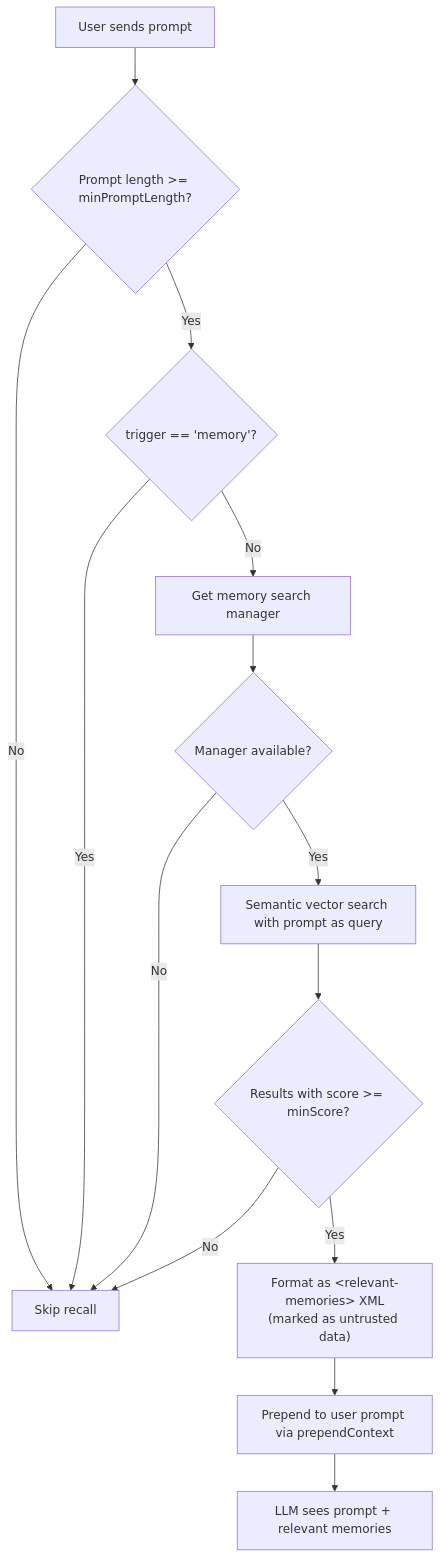
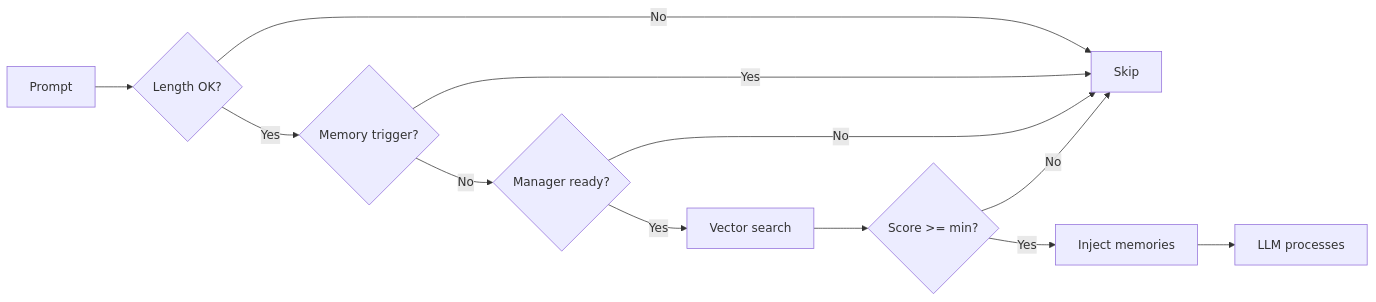
One commit to aloong-planet/openclaw-memory-core-plus changed the first of 2 diagrams in README.md. Above: the diagram before and after it, drawn with Mermaid. The commit also changed other lines of this file and 1 other file, not shown here.

Commit message:
docs: compact mermaid diagrams with LR layout and shorter labels
Switch flowchart direction from TD (top-down) to LR (left-right) and
shorten node labels to reduce diagram size on GitHub rendering.

🤖 Generated with [Claude Code](https://claude.com/claude-code)

````diff
--- a/README.md
+++ b/README.md
@@ -77,16 +77,14 @@
 ```mermaid
-flowchart TD
-    A[User sends prompt] --> B{Prompt length >= minPromptLength?}
-    B -- No --> C[Skip recall]
-    B -- Yes --> D{"trigger == 'memory'?"}
-    D -- Yes --> C
-    D -- No --> E[Get memory search manager]
-    E --> F{Manager available?}
-    F -- No --> C
-    F -- Yes --> G[Semantic vector search with prompt as query]
-    G --> H{Results with score >= minScore?}
-    H -- No --> C
-    H -- Yes --> I["Format as &lt;relevant-memories&gt; XML\n(marked as untrusted data)"]
-    I --> J[Prepend to user prompt via prependContext]
-    J --> K[LLM sees prompt + relevant memories]
+flowchart LR
+    A[Prompt] --> B{Length OK?}
+    B -- No --> X[Skip]
+    B -- Yes --> C{Memory trigger?}
+    C -- Yes --> X
+    C -- No --> D{Manager ready?}
+    D -- No --> X
+    D -- Yes --> E[Vector search]
+    E --> F{Score >= min?}
+    F -- No --> X
+    F -- Yes --> G[Inject memories]
+    G --> H[LLM processes]
 ```
````
